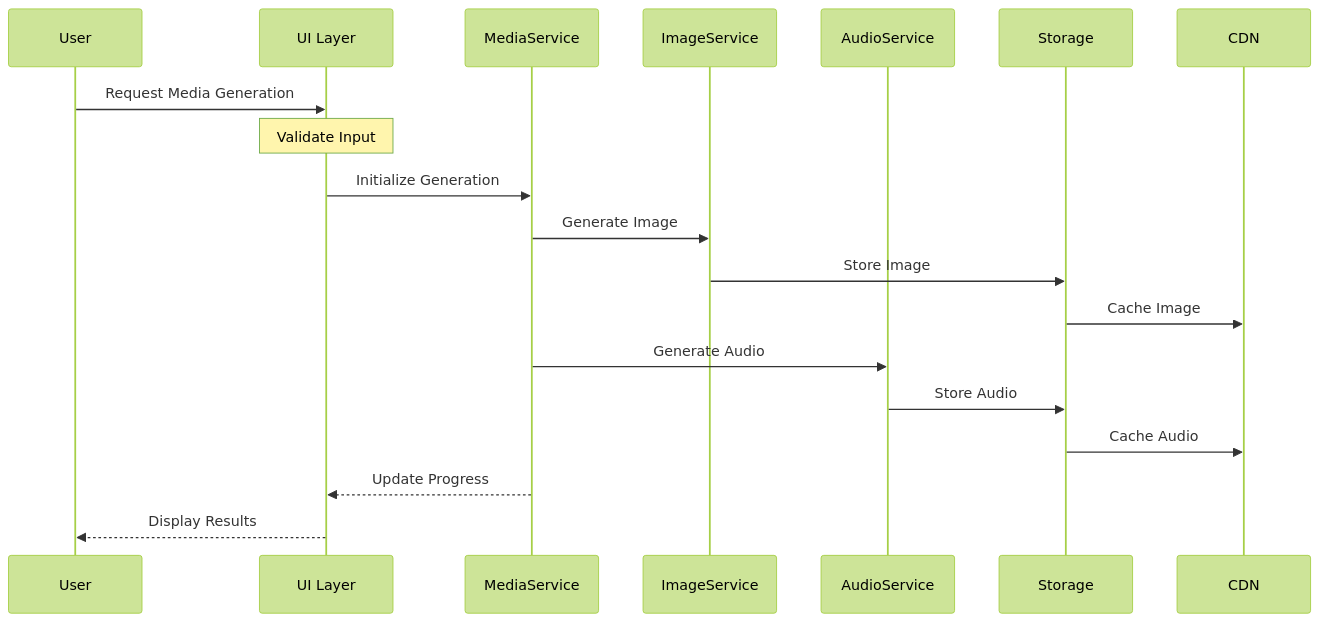
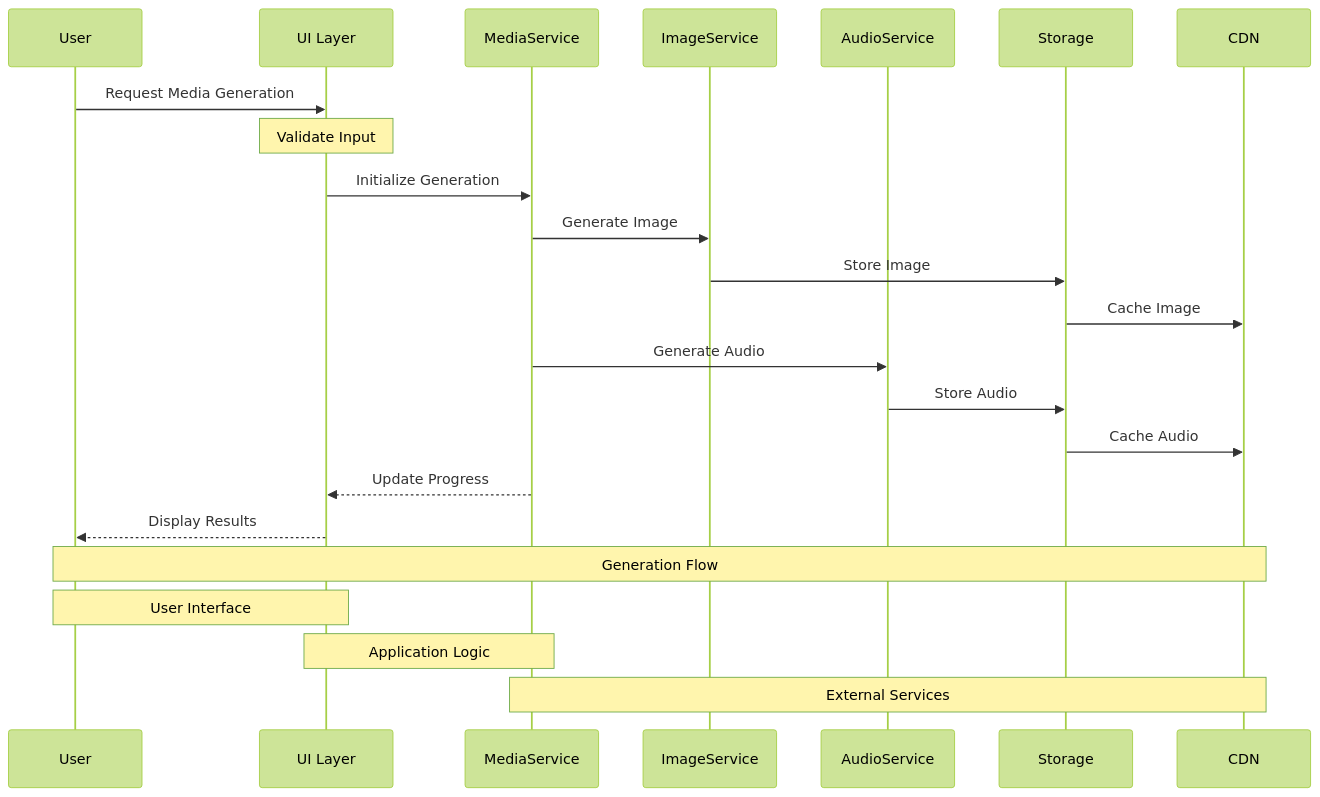
The third of 15 diagrams in docs/media-generation.md (moisestech/ai24-news), drawn with Mermaid (forest theme) before and after one commit. The commit also changed other lines of this file and 8 other files, not shown here.

````diff
--- a/docs/media-generation.md
+++ b/docs/media-generation.md
@@ -52,22 +233,27 @@
 ```mermaid
 sequenceDiagram
     participant User as User
     participant UI as UI Layer
     participant Media as MediaService
     participant Image as ImageService
     participant Audio as AudioService
     participant Storage as Storage
     participant CDN as CDN
 
     User->>UI: Request Media Generation
     Note over UI: Validate Input
     UI->>Media: Initialize Generation
     Media->>Image: Generate Image
     Image->>Storage: Store Image
     Storage->>CDN: Cache Image
     Media->>Audio: Generate Audio
     Audio->>Storage: Store Audio
     Storage->>CDN: Cache Audio
     Media-->>UI: Update Progress
     UI-->>User: Display Results
+
+    Note over User,CDN: Generation Flow
+    Note over User,UI: User Interface
+    Note over UI,Media: Application Logic
+    Note over Media,CDN: External Services
 ```
````
